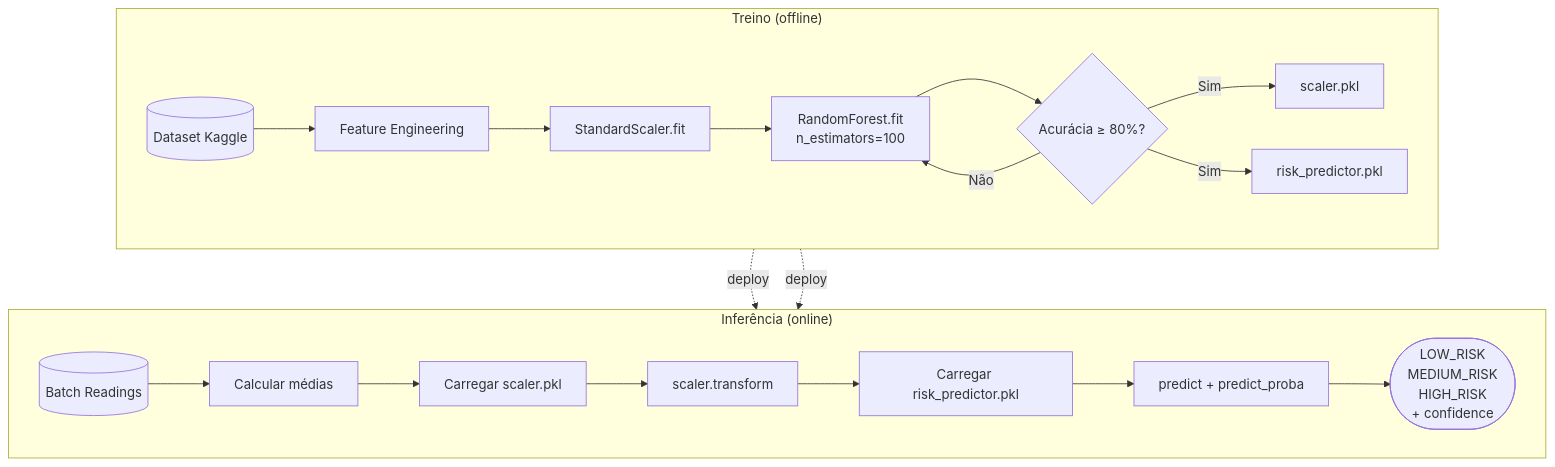
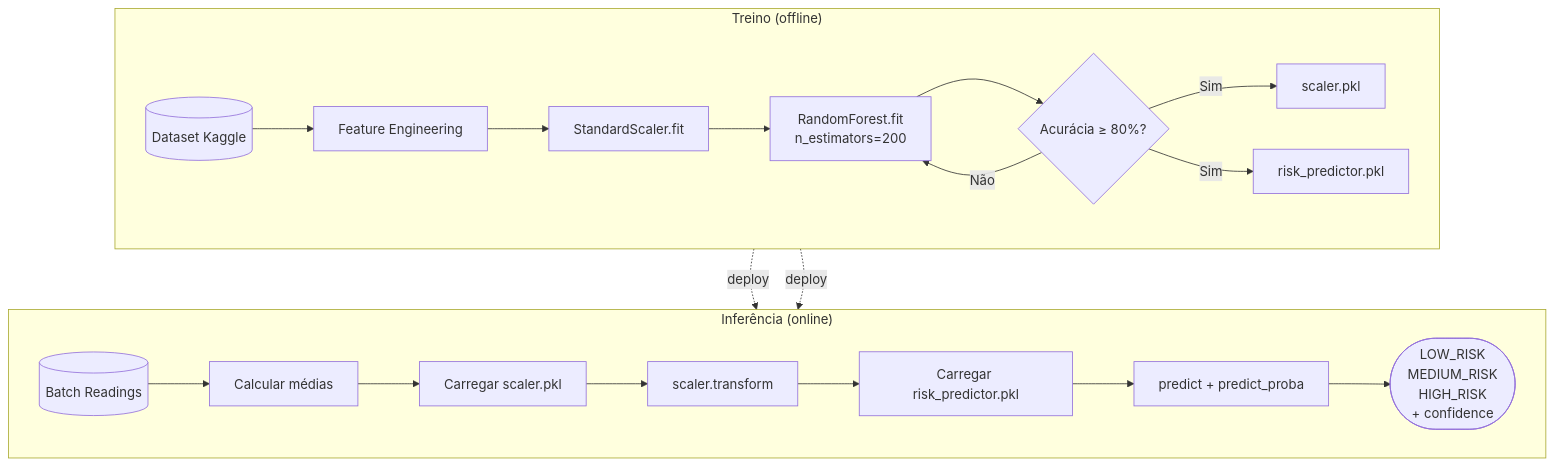
Before and after one commit to micheleoliveiracod/Projeto-avaliativo-M1-2-BiotecPredict: the fifth of 9 diagrams in docs/DIAGRAMAS.md, drawn with Mermaid. The commit also changed 8 other files, not shown here.

````diff
--- a/docs/DIAGRAMAS.md
+++ b/docs/DIAGRAMAS.md
@@ -174,26 +174,26 @@
 ```mermaid
 flowchart TB
     subgraph TRAIN ["Treino (offline)"]
         direction LR
         DS[(Dataset Kaggle)] --> FEAT[Feature Engineering]
         FEAT --> SC_FIT[StandardScaler.fit]
-        SC_FIT --> RF_FIT["RandomForest.fit\nn_estimators=100"]
+        SC_FIT --> RF_FIT["RandomForest.fit\nn_estimators=200"]
         RF_FIT --> EVAL{"Acurácia ≥ 80%?"}
         EVAL -- Não --> RF_FIT
         EVAL -- Sim --> SAVE_SC[scaler.pkl]
         EVAL -- Sim --> SAVE_RF[risk_predictor.pkl]
     end
 
     subgraph INFER ["Inferência (online)"]
         direction LR
         BATCH[(Batch Readings)] --> AGGR[Calcular médias]
         AGGR --> LOAD_SC[Carregar scaler.pkl]
         LOAD_SC --> TRANSFORM[scaler.transform]
         TRANSFORM --> LOAD_RF[Carregar risk_predictor.pkl]
         LOAD_RF --> PRED[predict + predict_proba]
         PRED --> OUT(["LOW_RISK\nMEDIUM_RISK\nHIGH_RISK\n+ confidence"])
     end
 
     SAVE_SC -.->|deploy| LOAD_SC
     SAVE_RF -.->|deploy| LOAD_RF
 ```
````
